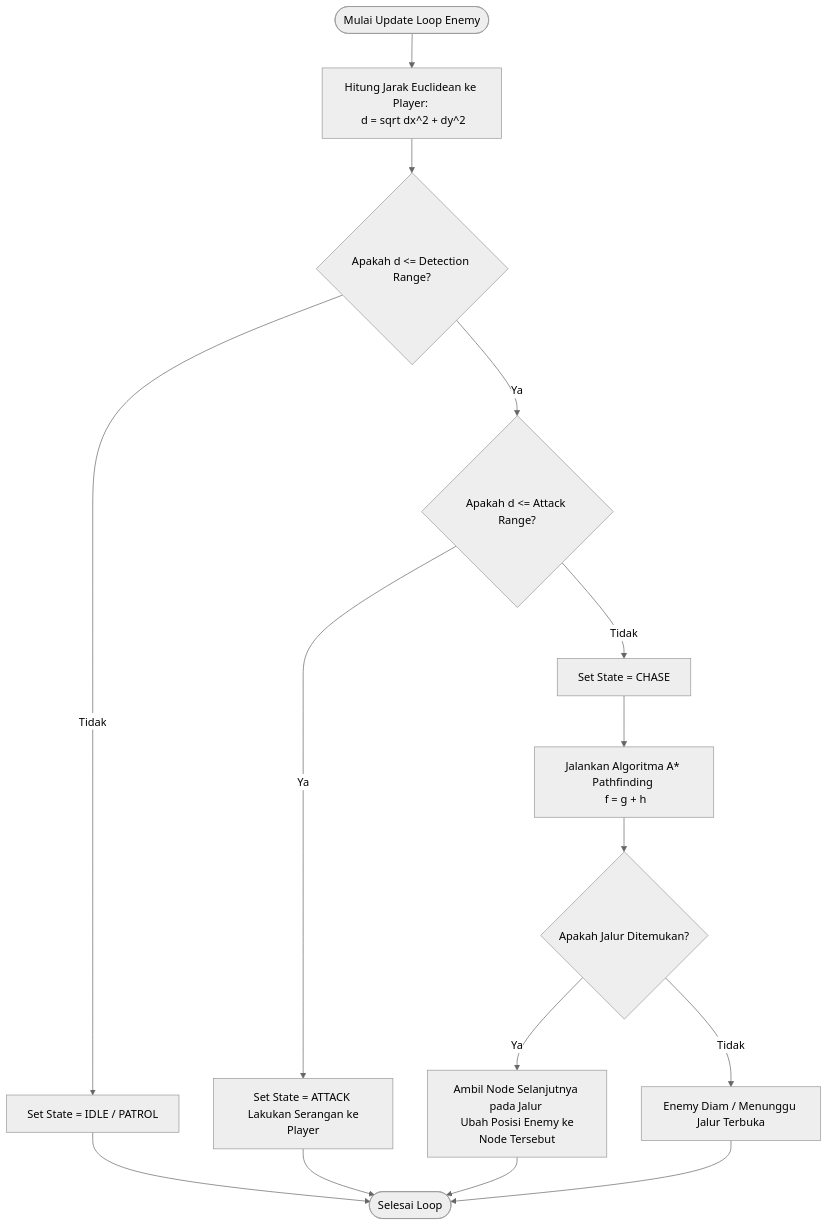
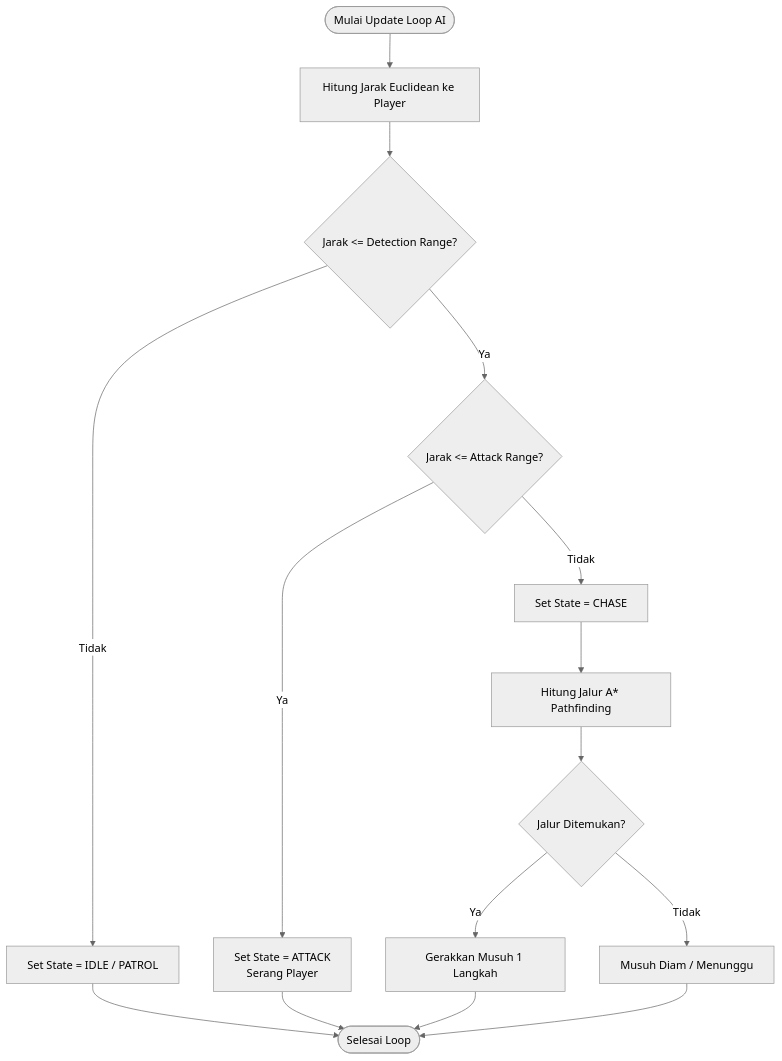
Before and after one commit to galeaaa/dungeon-game: the diagram in README.md, drawn with Mermaid (neutral theme). The commit also changed other lines of this file, not shown here.

````diff
--- a/README.md
+++ b/README.md
@@ -54,25 +45,23 @@
 ```mermaid
 flowchart TD
-    Start([Mulai Update Loop Enemy]) --> CheckDist[Hitung Jarak Euclidean ke Player: <br/> d = sqrt dx^2 + dy^2]
-    
-    CheckDist --> CondDetect{Apakah d <= Detection Range?}
+    Start([Mulai Update Loop AI]) --> CheckDist[Hitung Jarak Euclidean ke Player]
+    CheckDist --> CondDetect{Jarak <= Detection Range?}
     
     CondDetect -- Tidak --> StateIdle[Set State = IDLE / PATROL]
     StateIdle --> End([Selesai Loop])
     
-    CondDetect -- Ya --> CondAttack{Apakah d <= Attack Range?}
+    CondDetect -- Ya --> CondAttack{Jarak <= Attack Range?}
     
-    CondAttack -- Ya --> StateAttack[Set State = ATTACK <br/> Lakukan Serangan ke Player]
+    CondAttack -- Ya --> StateAttack[Set State = ATTACK <br/> Serang Player]
     StateAttack --> End
     
     CondAttack -- Tidak --> StateChase[Set State = CHASE]
-    StateChase --> RunAStar[Jalankan Algoritma A* Pathfinding <br/> f = g + h]
+    StateChase --> RunAStar[Hitung Jalur A* Pathfinding]
     
-    RunAStar --> CheckPath{Apakah Jalur Ditemukan?}
-    
-    CheckPath -- Ya --> StepMove[Ambil Node Selanjutnya pada Jalur <br/> Ubah Posisi Enemy ke Node Tersebut]
-    CheckPath -- Tidak --> Wait[Enemy Diam / Menunggu Jalur Terbuka]
+    RunAStar --> CheckPath{Jalur Ditemukan?}
+    CheckPath -- Ya --> StepMove[Gerakkan Musuh 1 Langkah]
+    CheckPath -- Tidak --> Wait[Musuh Diam / Menunggu]
     
     StepMove --> End
     Wait --> End
 ```
````
